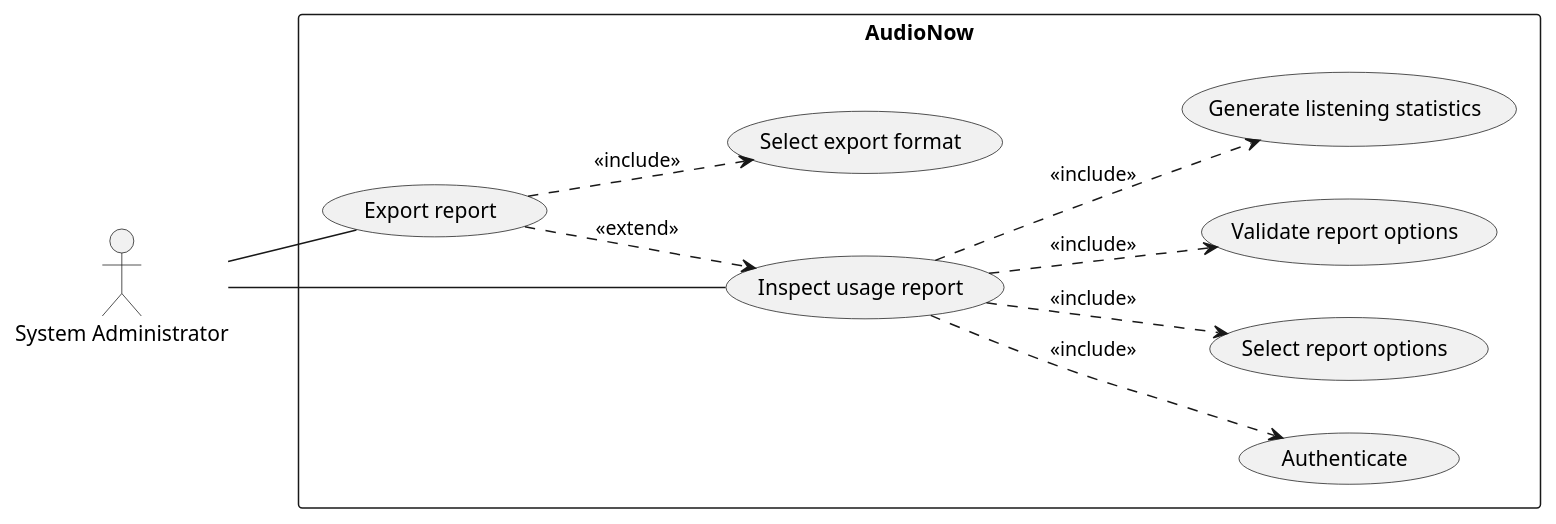
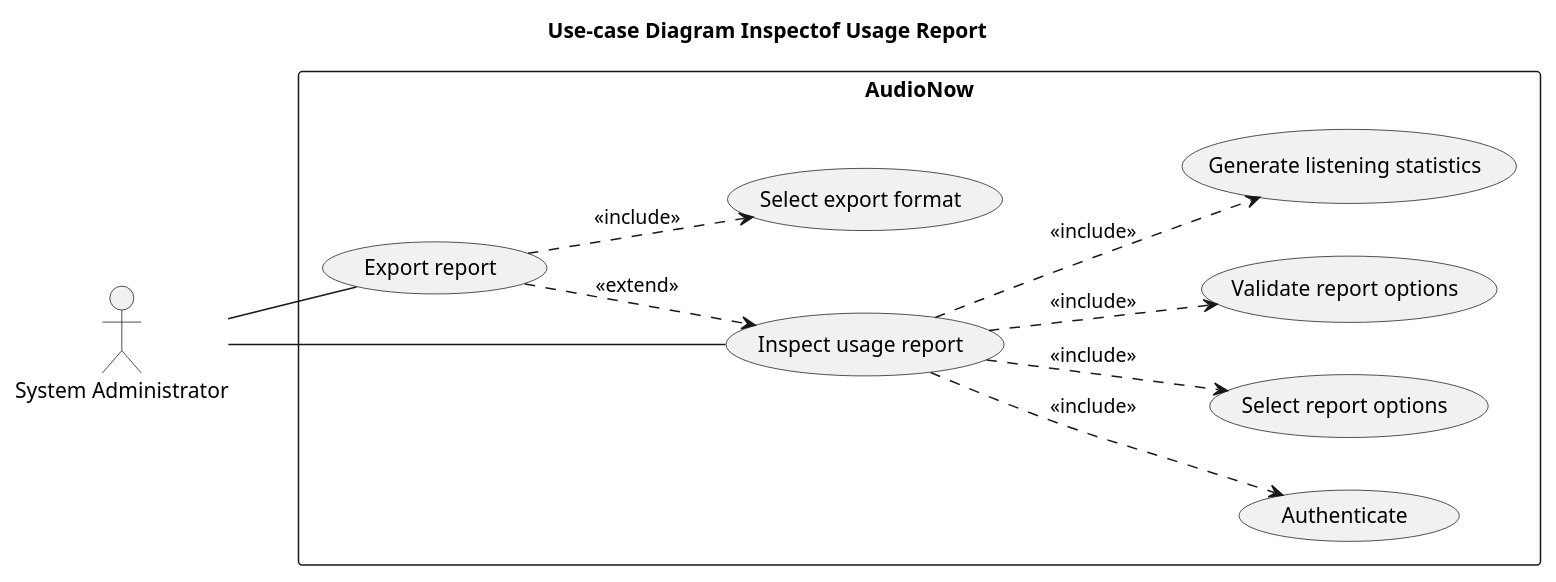
One commit to Dorfultariant/semm-diagrams changed the diagram in UsageReport/usecase.puml. Above: the diagram before and after it, drawn with PlantUML. The commit also changed 11 other files, not shown here.

Commit message:
Add title usage report diagrams and podcasteventmanagement diagrams

```diff
--- a/UsageReport/usecase.puml
+++ b/UsageReport/usecase.puml
@@ -1,27 +1,30 @@
 @startuml
+
+title Use-case Diagram Inspectof Usage Report
+
 left to right direction
 
 actor "System Administrator" as Admin
 
 rectangle AudioNow {
   usecase "Authenticate" as Auth
   usecase "Inspect usage report" as Inspect
   usecase "Select report options" as Options
   usecase "Validate report options" as Validate
   usecase "Generate listening statistics" as Generate
   usecase "Export report" as Export
   usecase "Select export format" as Format
 }
 
 Admin -- Inspect
 Admin -- Export
 
 Inspect ..> Auth : <<include>>
 Inspect ..> Options : <<include>>
 Inspect ..> Validate : <<include>>
 Inspect ..> Generate : <<include>>
 
 Export ..> Inspect : <<extend>>
 Export ..> Format : <<include>>
 
 @enduml
```
